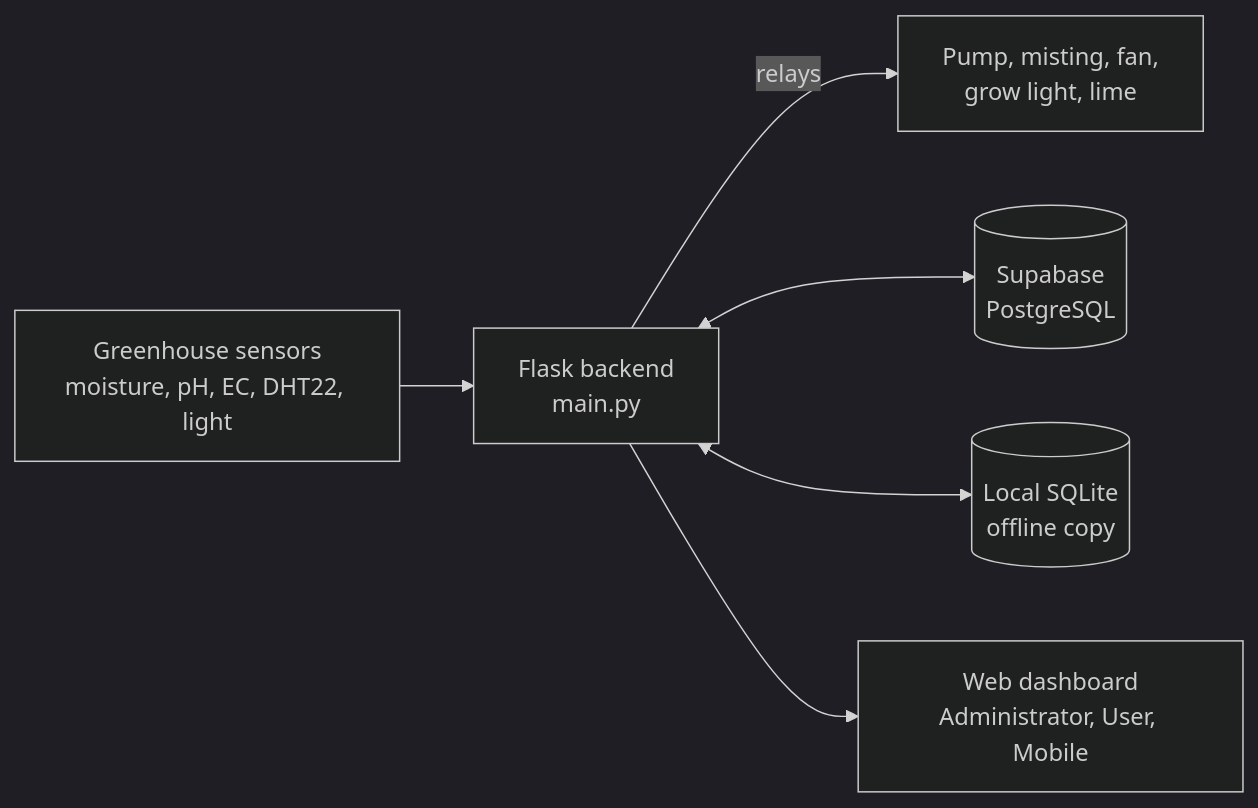
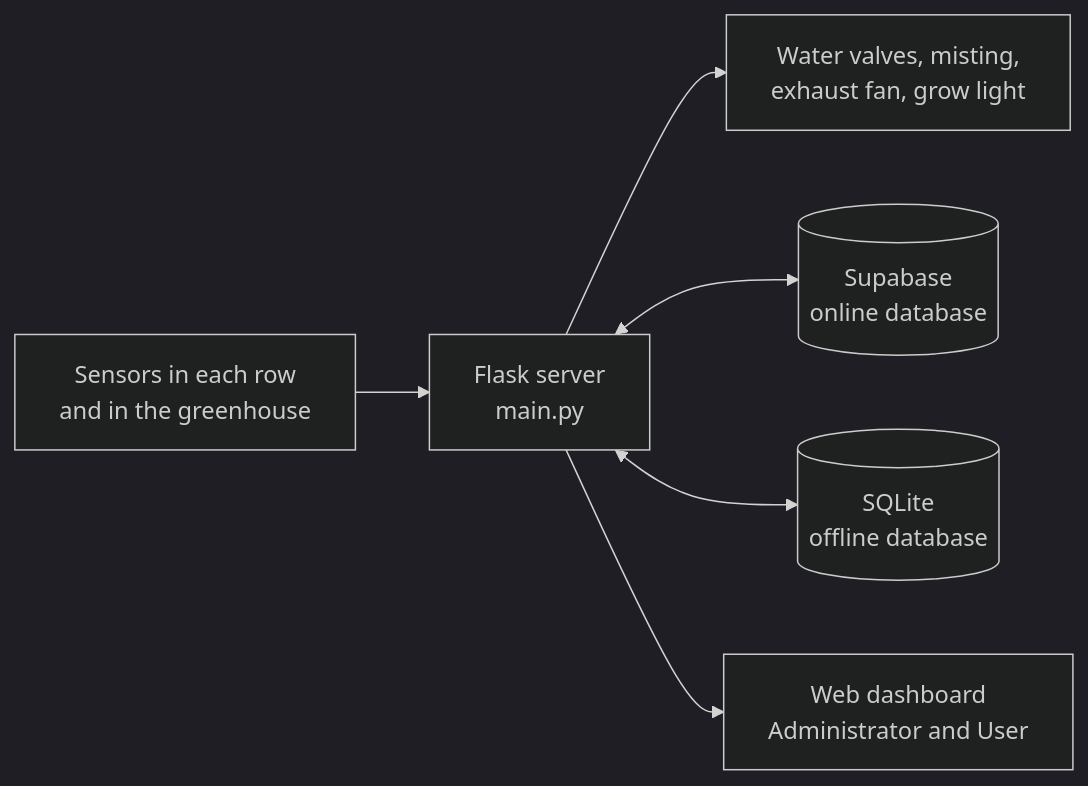
Before and after one commit to Levi-crown/icucrops-source-code: the diagram in README.md, drawn with Mermaid (dark theme). The commit also changed other lines of this file, not shown here.

````diff
--- a/README.md
+++ b/README.md
@@ -187,8 +187,8 @@
 ```mermaid
 flowchart LR
-    A["Greenhouse sensors<br/>moisture, pH, EC, DHT22, light"] --> B["Flask backend<br/>main.py"]
-    B -- relays --> C["Pump, misting, fan,<br/>grow light, lime"]
-    B <--> D[("Supabase<br/>PostgreSQL")]
-    B <--> E[("Local SQLite<br/>offline copy")]
-    B --> F["Web dashboard<br/>Administrator, User, Mobile"]
+    A["Sensors in each row<br/>and in the greenhouse"] --> B["Flask server<br/>main.py"]
+    B --> C["Water valves, misting,<br/>exhaust fan, grow light"]
+    B <--> D[("Supabase<br/>online database")]
+    B <--> E[("SQLite<br/>offline database")]
+    B --> F["Web dashboard<br/>Administrator and User"]
 ```
````
